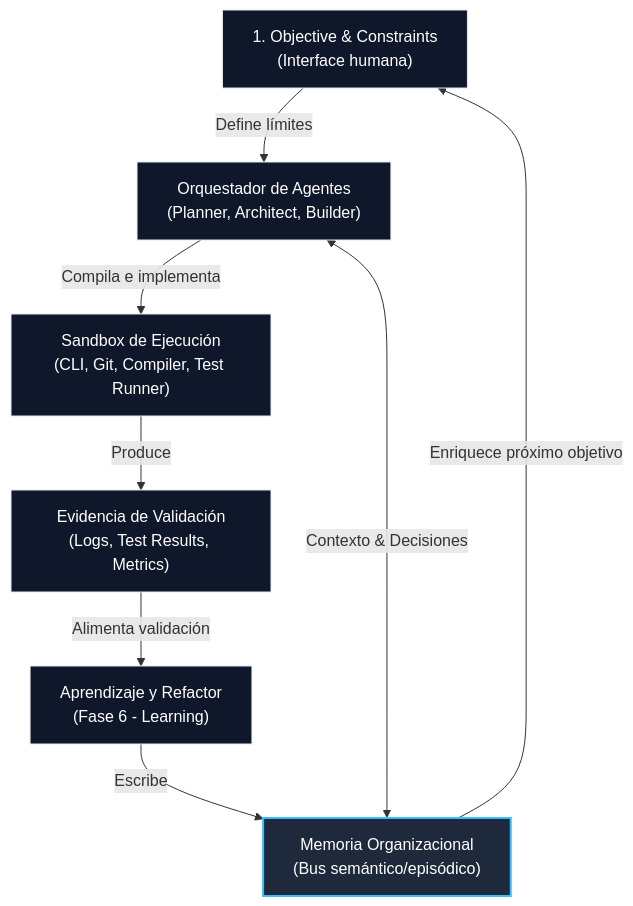
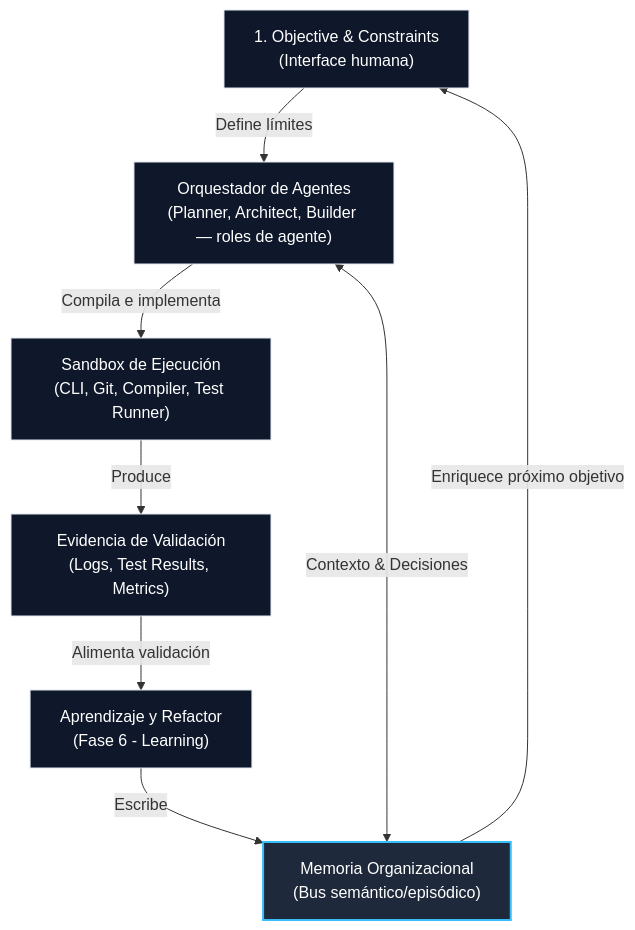
The diagram in docs/05_cognitive-os/Cognitive OS - Arquitectura de referencia.md (Luum-Home/ODLC), drawn with Mermaid before and after one commit. The commit also changed other lines of this file and 16 other files, not shown here.

````diff
--- a/docs/05_cognitive-os/Cognitive OS - Arquitectura de referencia.md
+++ b/docs/05_cognitive-os/Cognitive OS - Arquitectura de referencia.md
@@ -15,27 +15,27 @@
 ```mermaid
 graph TD
     %% Nodos principales
     Obj["1. Objective & Constraints<br/>(Interface humana)"]
     Mem["Memoria Organizacional<br/>(Bus semántico/episódico)"]
-    AgEngine["Orquestador de Agentes<br/>(Planner, Architect, Builder)"]
+    AgEngine["Orquestador de Agentes<br/>(Planner, Architect, Builder — roles de agente)"]
     ExecEnv["Sandbox de Ejecución<br/>(CLI, Git, Compiler, Test Runner)"]
     Evid["Evidencia de Validación<br/>(Logs, Test Results, Metrics)"]
     Learn["Aprendizaje y Refactor<br/>(Fase 6 - Learning)"]
 
     %% Conexiones
     Obj -->|Define límites| AgEngine
     Mem <-->|Contexto & Decisiones| AgEngine
     AgEngine -->|Compila e implementa| ExecEnv
     ExecEnv -->|Produce| Evid
     Evid -->|Alimenta validación| Learn
     Learn -->|Escribe| Mem
     Mem -->|Enriquece próximo objetivo| Obj
     
     %% Estilos
     style Mem fill:#1e293b,stroke:#38bdf8,stroke-width:2px,color:#fff
     style Obj fill:#0f172a,stroke:#e2e8f0,stroke-width:1px,color:#fff
     style AgEngine fill:#0f172a,stroke:#e2e8f0,stroke-width:1px,color:#fff
     style ExecEnv fill:#0f172a,stroke:#e2e8f0,stroke-width:1px,color:#fff
     style Evid fill:#0f172a,stroke:#e2e8f0,stroke-width:1px,color:#fff
     style Learn fill:#0f172a,stroke:#e2e8f0,stroke-width:1px,color:#fff
 ```
````
